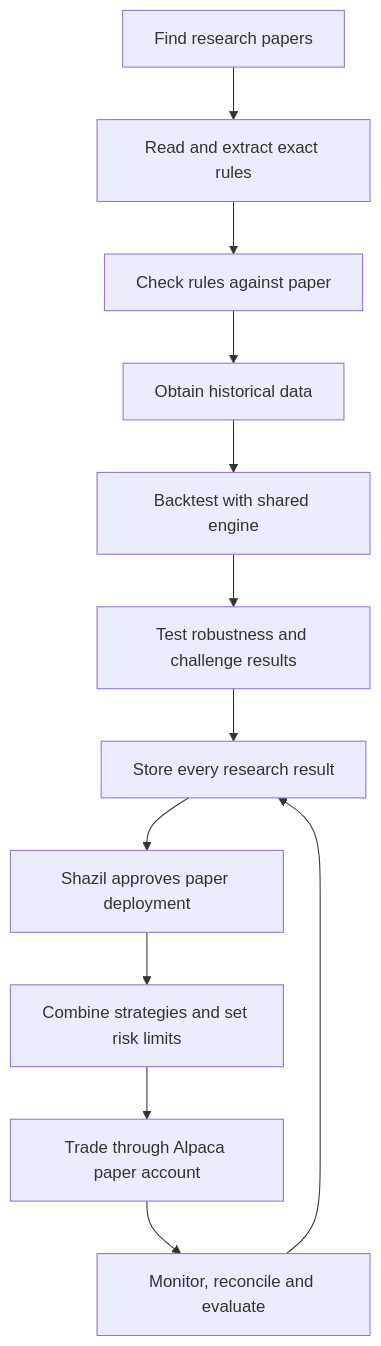
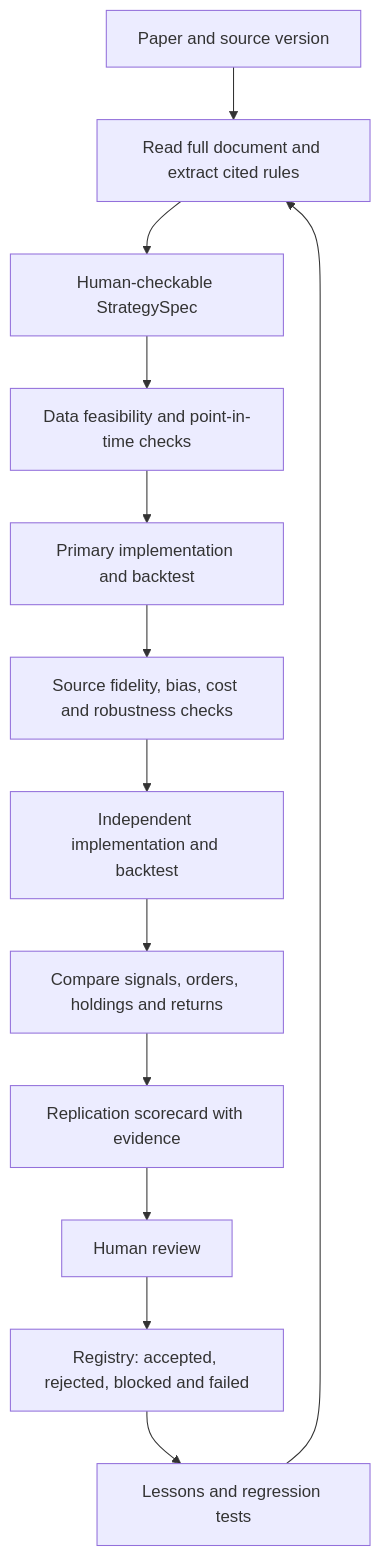
The diagram in docs/AI_NATIVE_HEDGE_FUND.md (Shazil10/marginalia), drawn with Mermaid before and after one commit. The commit also changed other lines of this file and 2 other files, not shown here.

Commit message:
Focus V1 on research verification and independent replication

````diff
--- a/docs/AI_NATIVE_HEDGE_FUND.md
+++ b/docs/AI_NATIVE_HEDGE_FUND.md
@@ -16,14 +37,15 @@
 ```mermaid
 flowchart TD
-    A[Find research papers] --> B[Read and extract exact rules]
-    B --> C[Check rules against paper]
-    C --> D[Obtain historical data]
-    D --> E[Backtest with shared engine]
-    E --> F[Test robustness and challenge results]
-    F --> G[Store every research result]
-    G --> H[Shazil approves paper deployment]
-    H --> I[Combine strategies and set risk limits]
-    I --> J[Trade through Alpaca paper account]
-    J --> K[Monitor, reconcile and evaluate]
-    K --> G
+    A[Paper and source version] --> B[Read full document and extract cited rules]
+    B --> C[Human-checkable StrategySpec]
+    C --> D[Data feasibility and point-in-time checks]
+    D --> E[Primary implementation and backtest]
+    E --> F[Source fidelity, bias, cost and robustness checks]
+    F --> G[Independent implementation and backtest]
+    G --> H[Compare signals, orders, holdings and returns]
+    H --> I[Replication scorecard with evidence]
+    I --> J[Human review]
+    J --> K[Registry: accepted, rejected, blocked and failed]
+    K --> L[Lessons and regression tests]
+    L --> B
 ```
````
